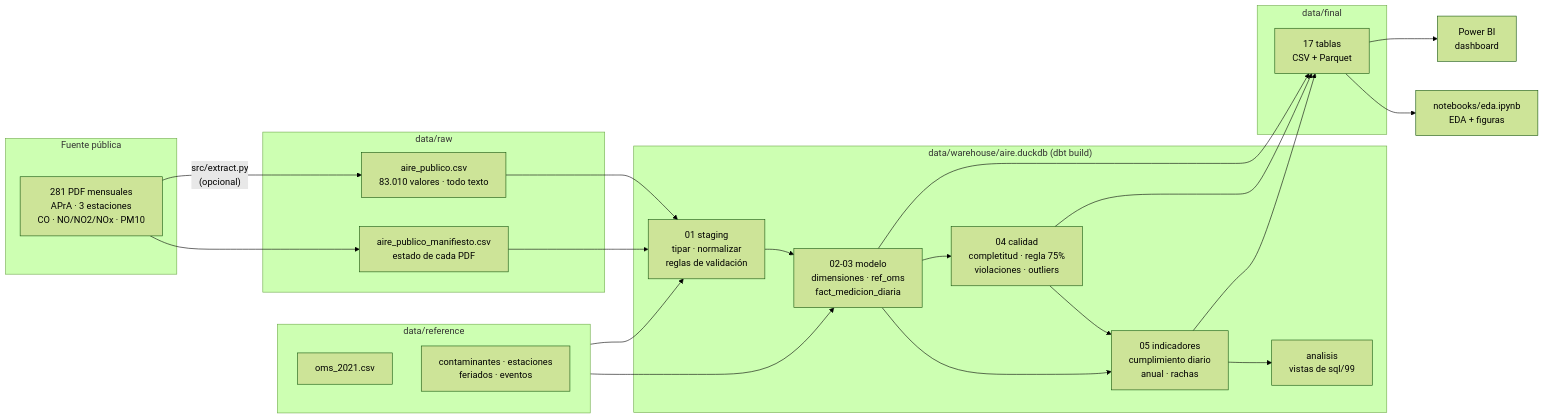
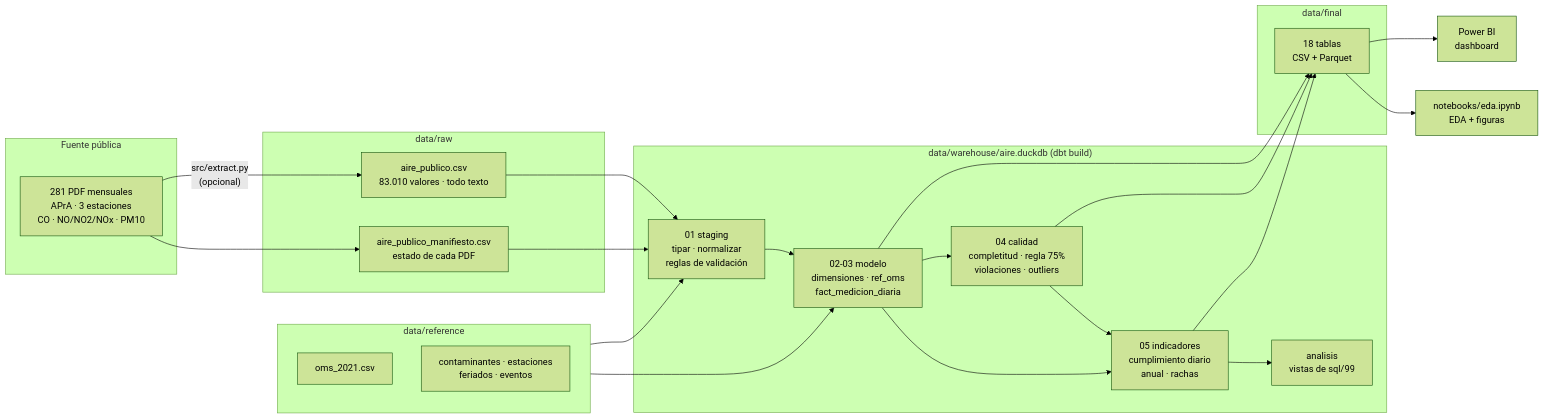
The diagram in docs/diagrama_etl.md (ezequielmaranda/nox-ciudad), drawn with Mermaid (forest theme) before and after one commit. The commit also changed other lines of this file and 4 other files, not shown here.

````diff
--- a/docs/diagrama_etl.md
+++ b/docs/diagrama_etl.md
@@ -6,46 +6,46 @@
 ```mermaid
 flowchart LR
     subgraph FUENTE["Fuente pública"]
         PDF["281 PDF mensuales<br/>APrA · 3 estaciones<br/>CO · NO/NO2/NOx · PM10"]
     end
 
     subgraph RAW["data/raw"]
         CSV["aire_publico.csv<br/>83.010 valores · todo texto"]
         MAN["aire_publico_manifiesto.csv<br/>estado de cada PDF"]
     end
 
     subgraph REF["data/reference"]
         OMS["oms_2021.csv"]
         AUX["contaminantes · estaciones<br/>feriados · eventos"]
     end
 
     subgraph DB["data/warehouse/aire.duckdb (dbt build)"]
         STG["01 staging<br/>tipar · normalizar<br/>reglas de validación"]
         MOD["02-03 modelo<br/>dimensiones · ref_oms<br/>fact_medicion_diaria"]
         CAL["04 calidad<br/>completitud · regla 75%<br/>violaciones · outliers"]
         IND["05 indicadores<br/>cumplimiento diario<br/>anual · rachas"]
         VIS["analisis<br/>vistas de sql/99"]
     end
 
     subgraph FINAL["data/final"]
-        OUT["17 tablas<br/>CSV + Parquet"]
+        OUT["18 tablas<br/>CSV + Parquet"]
     end
 
     PBI["Power BI<br/>dashboard"]
     NB["notebooks/eda.ipynb<br/>EDA + figuras"]
 
     PDF -- "src/extract.py<br/>(opcional)" --> CSV
     PDF --> MAN
     CSV --> STG
     MAN --> STG
     REF --> STG
     REF --> MOD
     STG --> MOD --> CAL --> IND
     MOD --> IND
     IND --> VIS
     MOD --> OUT
     CAL --> OUT
     IND --> OUT
     OUT --> PBI
     OUT --> NB
 ```
````
